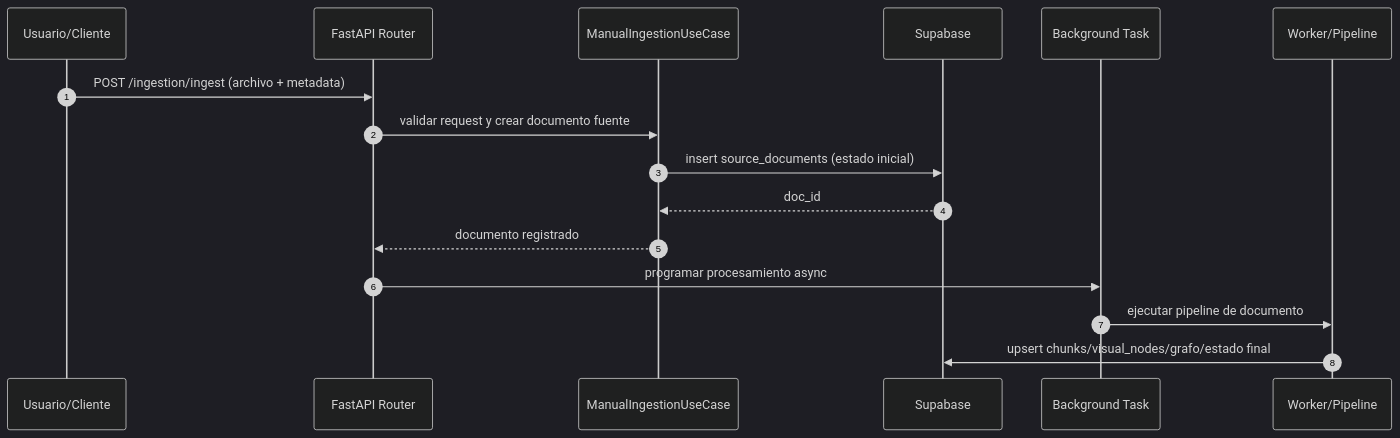
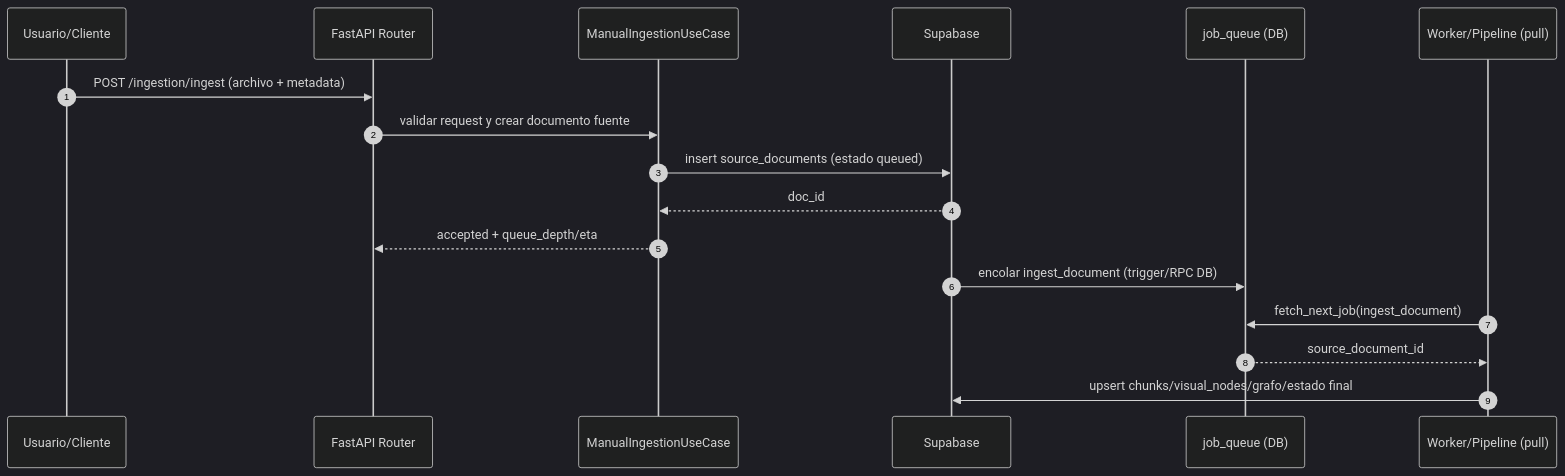
One commit to mcalza96/CIRE-RAG changed the second of 11 diagrams in rag-ingestion/docs/flows-and-diagrams.md. Above: the diagram before and after it, drawn with Mermaid (dark theme). The commit also changed other lines of this file and 25 other files, not shown here.

Commit message:
docs: update architecture diagrams and flows to reflect atomic engine and bootstrap fix

````diff
--- a/rag-ingestion/docs/flows-and-diagrams.md
+++ b/rag-ingestion/docs/flows-and-diagrams.md
@@ -34,19 +34,20 @@
 ```mermaid
 sequenceDiagram
     autonumber
     participant U as Usuario/Cliente
     participant API as FastAPI Router
     participant UC as ManualIngestionUseCase
     participant DB as Supabase
-    participant BG as Background Task
-    participant WR as Worker/Pipeline
+    participant JQ as job_queue (DB)
+    participant WR as Worker/Pipeline (pull)
 
     U->>API: POST /ingestion/ingest (archivo + metadata)
     API->>UC: validar request y crear documento fuente
-    UC->>DB: insert source_documents (estado inicial)
+    UC->>DB: insert source_documents (estado queued)
     DB-->>UC: doc_id
-    UC-->>API: documento registrado
-    API->>BG: programar procesamiento async
-    BG->>WR: ejecutar pipeline de documento
+    UC-->>API: accepted + queue_depth/eta
+    DB->>JQ: encolar ingest_document (trigger/RPC DB)
+    WR->>JQ: fetch_next_job(ingest_document)
+    JQ-->>WR: source_document_id
     WR->>DB: upsert chunks/visual_nodes/grafo/estado final
 ```
````
